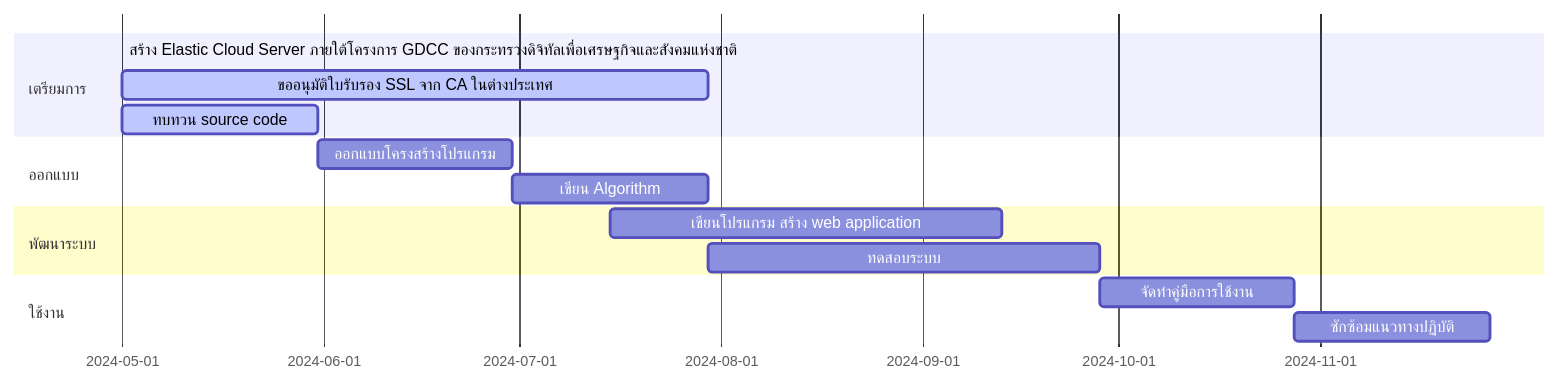
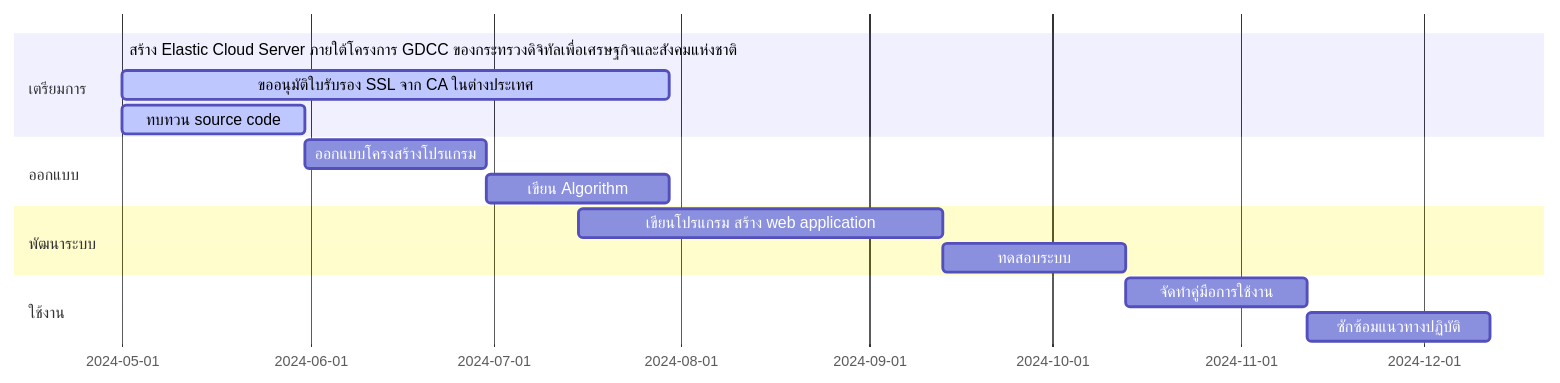
One commit to Kietpawpan/e-tracking changed the first of 2 diagrams in README.md. Above: the diagram before and after it, drawn with Mermaid.

````diff
--- a/README.md
+++ b/README.md
@@ -10,18 +10,18 @@
 ```mermaid
 gantt
     section เตรียมการ
     สร้าง Elastic Cloud Server ภายใต้โครงการ GDCC ของกระทรวงดิจิทัลเพื่อเศรษฐกิจและสังคมแห่งชาติ :done,    des1, 2024-05-01,2024-05-30
     ขออนุมัติใบรับรอง SSL จาก CA ในต่างประเทศ        :active, des2, after des1, 90d
     ทบทวน source code  :   active, des3, after des1, 30d
     section ออกแบบ
     ออกแบบโครงสร้างโปรแกรม  :         des4, after des3, 30d
     เขียน Algorithm:   des4a, after des4, 30d
     section พัฒนาระบบ
     เขียนโปรแกรม สร้าง web application  :         des7, 2024-07-15, 60d
-    ทดสอบระบบ:des7a, 2024-07-30, 60d
+    ทดสอบระบบ:des7a, after des7, 30d
    section ใช้งาน
     จัดทำคู่มือการใช้งาน   :         des8, after des7a, 30d
     ซักซ้อมแนวทางปฏิบัติ   :         des9, after des8, 30d
 
 
 ```
````
